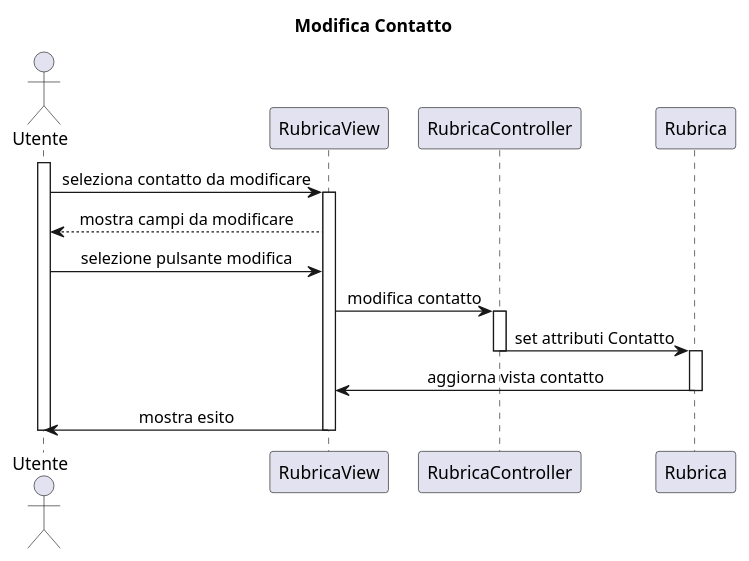
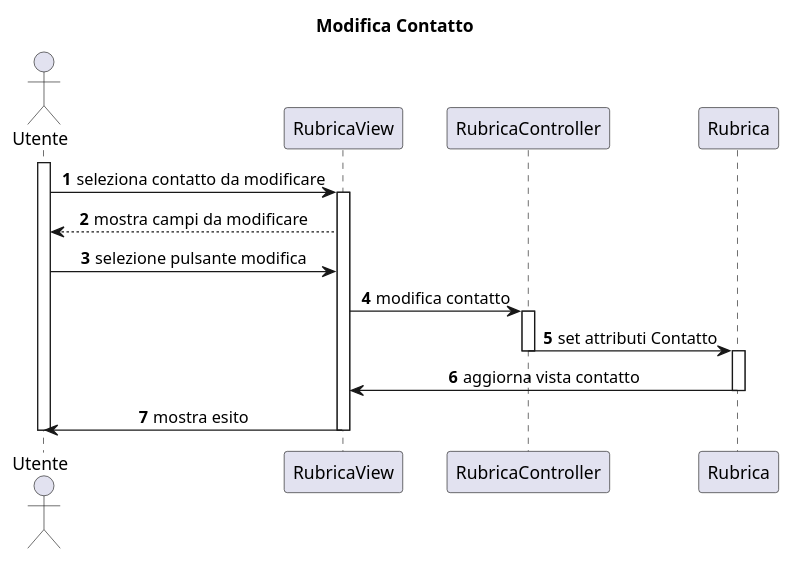
The diagram in docs/bozze/Diagrammi/Sequenza/ScenarioModificaContatto.puml (emanueletocci/uni-swe-project), drawn with PlantUML before and after one commit. The commit also changed 9 other files, not shown here.

Commit message:
aggiunta autonumber a tutti i file dei diagrammi di sequenza + diagrammi di import/export

```diff
--- a/docs/bozze/Diagrammi/Sequenza/ScenarioModificaContatto.puml
+++ b/docs/bozze/Diagrammi/Sequenza/ScenarioModificaContatto.puml
@@ -1,20 +1,21 @@
-@startuml 
+@startuml
+autonumber
 title Modifica Contatto
 actor Utente
 activate Utente
 skinparam sequenceMessageAlign center
 Utente -> RubricaView : seleziona contatto da modificare
 activate RubricaView
 RubricaView --> Utente: mostra campi da modificare
 Utente->RubricaView: selezione pulsante modifica
 RubricaView->RubricaController: modifica contatto
 activate RubricaController
 RubricaController->Rubrica: set attributi Contatto
 deactivate RubricaController
 activate Rubrica
 Rubrica->RubricaView: aggiorna vista contatto
 deactivate Rubrica
 RubricaView->Utente: mostra esito
 deactivate Utente
 deactivate RubricaView
 @enduml
```
